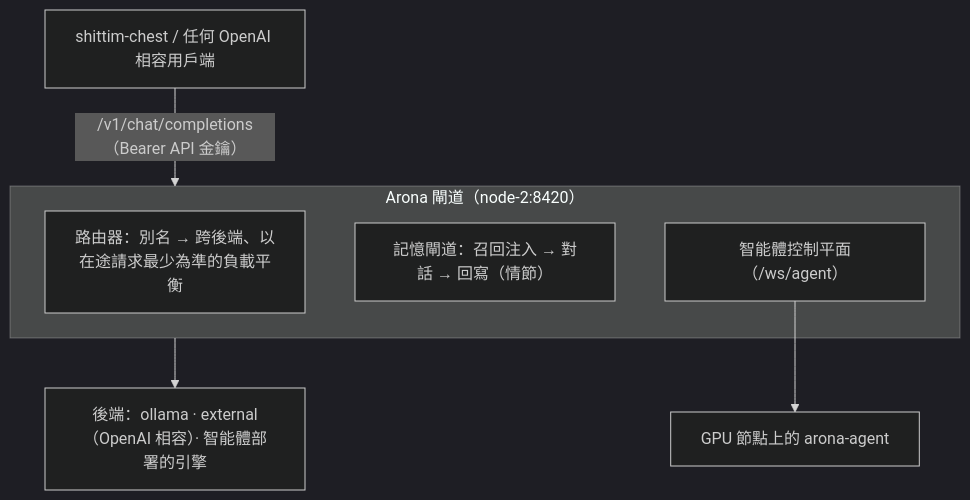
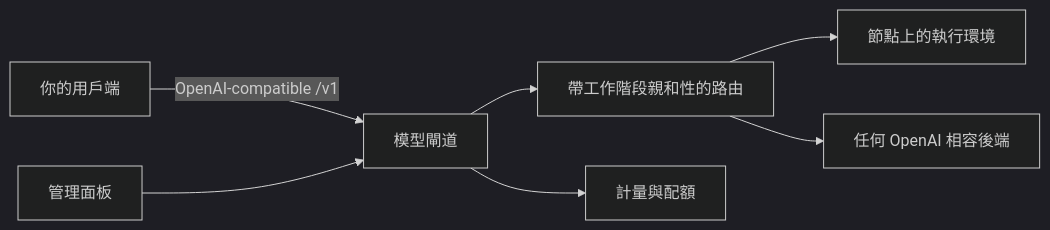
One commit to celestia-island/docs.celestia.world changed the diagram in docs/zh-Hant/platforms/arona.md. Above: the diagram before and after it, drawn with Mermaid (dark theme). The commit also changed other lines of this file and 198 other files, not shown here.

First line of the commit message:
📝 Retire dated roadmap and unpublished internals from the public hub. (#103)

````diff
--- a/docs/zh-Hant/platforms/arona.md
+++ b/docs/zh-Hant/platforms/arona.md
@@ -7,12 +7,9 @@
 ```mermaid
-flowchart TD
-    C["shittim-chest / 任何 OpenAI 相容用戶端"]
-    subgraph G["Arona 閘道（node-2:8420）"]
-        N0["路由器：別名 → 跨後端、以在途請求最少為準的負載平衡"]
-        N1["記憶閘道：召回注入 → 對話 → 回寫（情節）"]
-        N2["智能體控制平面（/ws/agent）"]
-    end
-    C -->|"/v1/chat/completions（Bearer API 金鑰）"| G
-    N2 --> T["GPU 節點上的 arona-agent"]
-    G --> B["後端：ollama · external（OpenAI 相容）· 智能體部署的引擎"]
+flowchart LR
+    C["你的用戶端"] -->|"OpenAI-compatible /v1"| G["模型閘道"]
+    P["管理面板"] --> G
+    G --> R["帶工作階段親和性的路由"]
+    R --> B1["節點上的執行環境"]
+    R --> B2["任何 OpenAI 相容後端"]
+    G --> M["計量與配額"]
 ```
````
